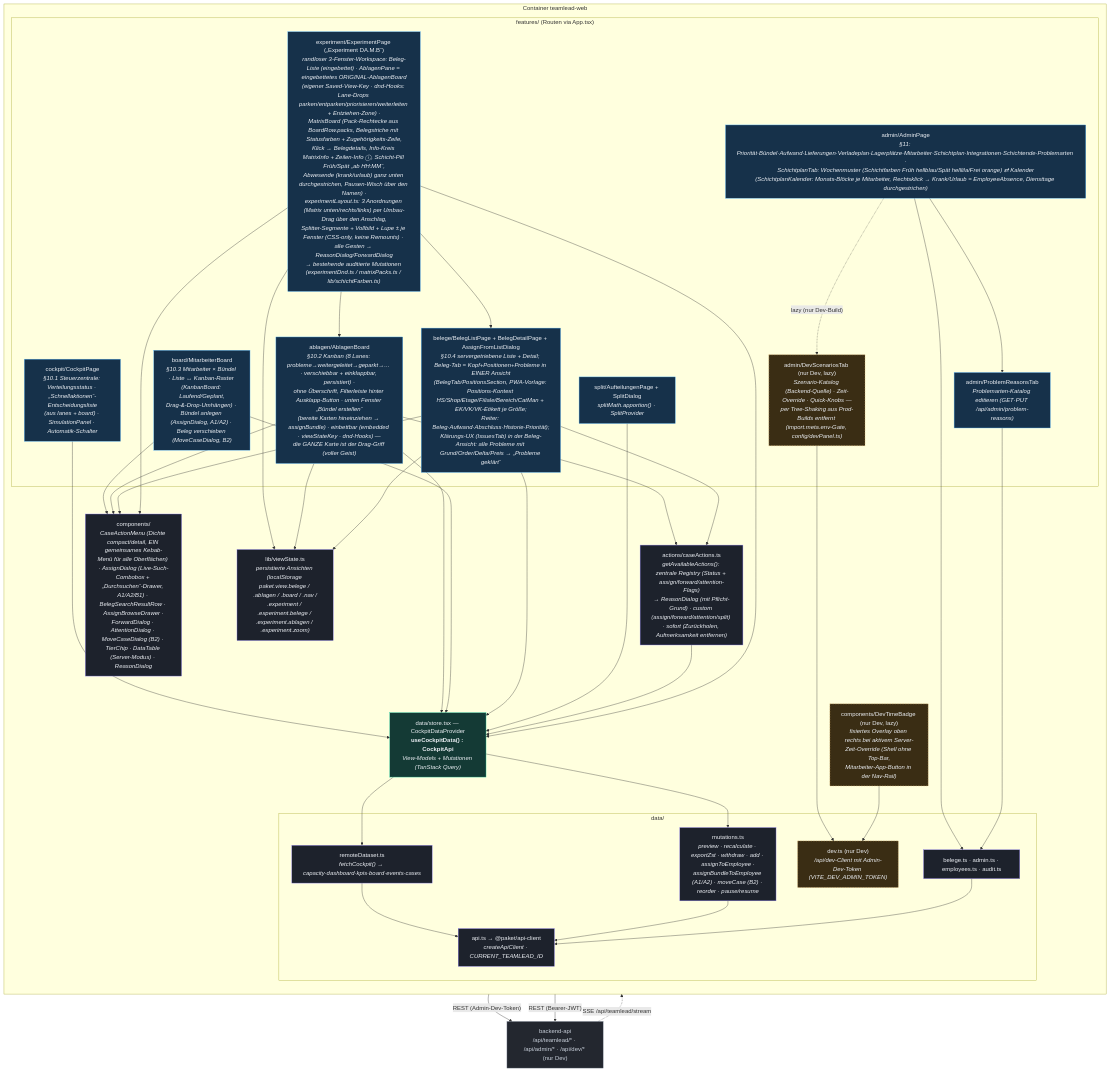
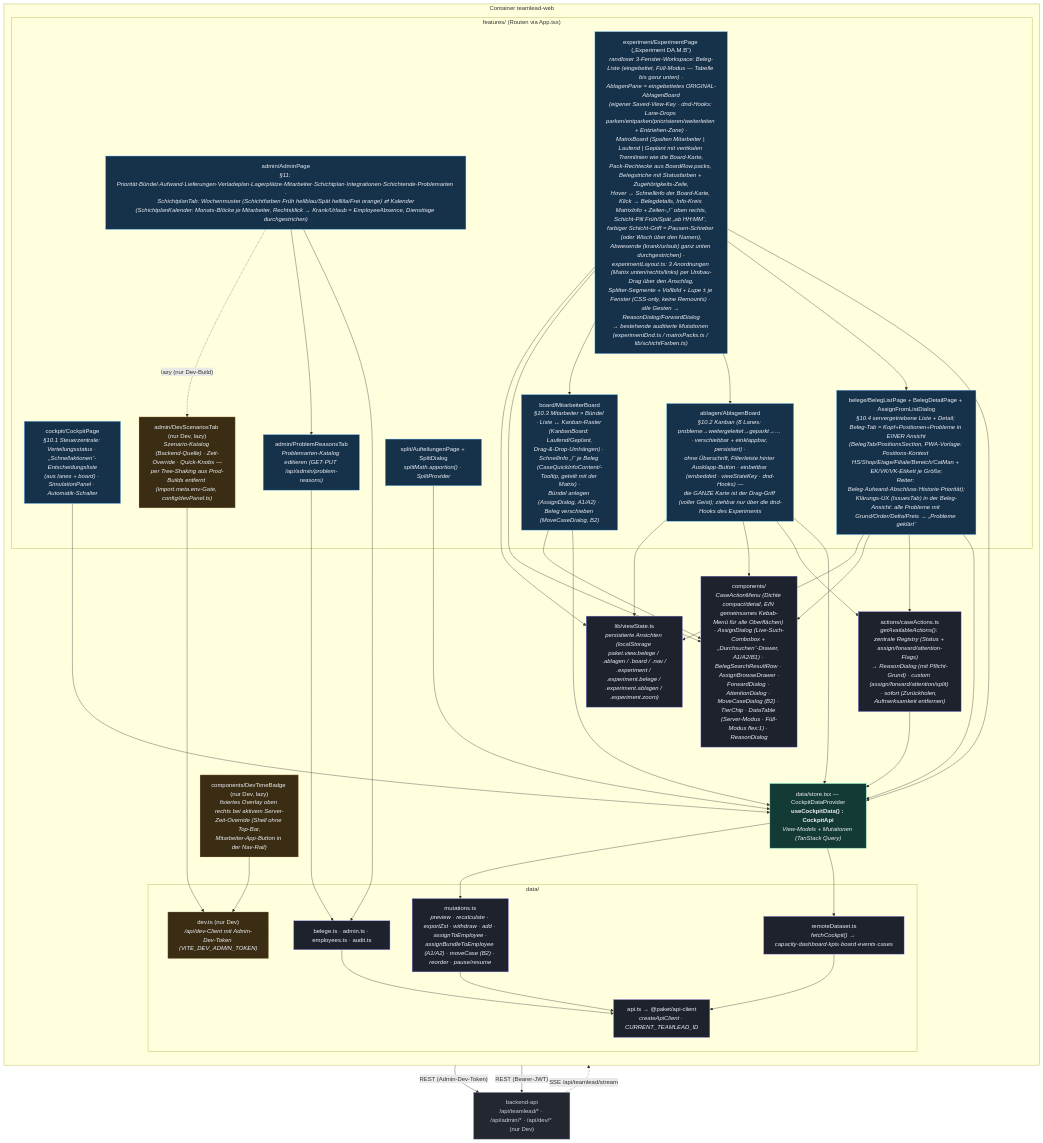
The diagram in docs/architecture/src/c3-teamlead-components.mmd (officialoniichat/paketdispov2), drawn with Mermaid before and after one commit. The commit also changed 10 other files, not shown here.

```diff
--- a/docs/architecture/src/c3-teamlead-components.mmd
+++ b/docs/architecture/src/c3-teamlead-components.mmd
@@ -1,70 +1,71 @@
 %% C4 Ebene 3 — Komponenten: teamlead-web (React + Vite + MUI, TanStack Query)
 %% Verifiziert gegen apps/teamlead-web/src/* (features/, data/, actions/, components/).
 flowchart TB
     classDef feat fill:#16314a,stroke:#56b6ff,color:#eef1f6;
     classDef store fill:#143a35,stroke:#2dd4a7,color:#eef1f6;
     classDef logic fill:#1d222c,stroke:#8b7cf6,color:#eef1f6;
     classDef ext fill:#23272f,stroke:#7c8696,color:#cbd2dd;
     classDef dev fill:#3a2d14,stroke:#e5b567,color:#eef1f6,stroke-dasharray:4 3;
 
     api["backend-api<br/>/api/teamlead/* · /api/admin/* · /api/dev/* (nur Dev)"]:::ext
 
     subgraph web["Container teamlead-web"]
         direction TB
         subgraph features["features/ (Routen via App.tsx)"]
             cockpit["cockpit/CockpitPage<br/><i>§10.1 Steuerzentrale: Verteilungsstatus · „Schnellaktionen“-Entscheidungsliste<br/>(aus lanes + board) · SimulationPanel · Automatik-Schalter</i>"]:::feat
-            ablagen["ablagen/AblagenBoard<br/><i>§10.2 Kanban (8 Lanes: probleme→weitergeleitet→geparkt→… · verschiebbar + einklappbar, persistiert) ·<br/>ohne Überschrift, Filterleiste hinter Ausklapp-Button · unten Fenster „Bündel erstellen“<br/>(bereite Karten hineinziehen → assignBundle) · einbettbar (embedded · viewStateKey · dnd-Hooks) —<br/>die GANZE Karte ist der Drag-Griff (voller Geist)</i>"]:::feat
-            board["board/MitarbeiterBoard<br/><i>§10.3 Mitarbeiter × Bündel · Liste ↔ Kanban-Raster (KanbanBoard: Laufend/Geplant,<br/>Drag-&amp;-Drop-Umhängen) · Bündel anlegen (AssignDialog, A1/A2) · Beleg verschieben (MoveCaseDialog, B2)</i>"]:::feat
+            ablagen["ablagen/AblagenBoard<br/><i>§10.2 Kanban (8 Lanes: probleme→weitergeleitet→geparkt→… · verschiebbar + einklappbar, persistiert) ·<br/>ohne Überschrift, Filterleiste hinter Ausklapp-Button · einbettbar (embedded · viewStateKey · dnd-Hooks) —<br/>die GANZE Karte ist der Drag-Griff (voller Geist); ziehbar nur über die dnd-Hooks des Experiments</i>"]:::feat
+            board["board/MitarbeiterBoard<br/><i>§10.3 Mitarbeiter × Bündel · Liste ↔ Kanban-Raster (KanbanBoard: Laufend/Geplant,<br/>Drag-&amp;-Drop-Umhängen) · Schnellinfo „!“ je Beleg (CaseQuickInfoContent/-Tooltip, geteilt mit der Matrix) ·<br/>Bündel anlegen (AssignDialog, A1/A2) · Beleg verschieben (MoveCaseDialog, B2)</i>"]:::feat
             belege["belege/BelegListPage + BelegDetailPage + AssignFromListDialog<br/><i>§10.4 servergetriebene Liste + Detail; Beleg-Tab = Kopf+Positionen+Probleme in EINER Ansicht<br/>(BelegTab/PositionsSection, PWA-Vorlage: Positions-Kontext HS/Shop/Etage/Filiale/Bereich/CatMan + EK/VK/VK-Etikett je Größe;<br/>Reiter: Beleg·Aufwand·Abschluss·Historie·Priorität);<br/>Klärungs-UX (IssuesTab) in der Beleg-Ansicht: alle Probleme mit Grund/Order/Delta/Preis → „Probleme geklärt“</i>"]:::feat
             split["split/AufteilungenPage + SplitDialog<br/><i>splitMath.apportion() · SplitProvider</i>"]:::feat
             admin["admin/AdminPage<br/><i>§11: Priorität·Bündel·Aufwand·Lieferungen·Verladeplan·Lagerplätze·Mitarbeiter·Schichtplan·Integrationen·Schichtende·Problemarten ·<br/>SchichtplanTab: Wochenmuster (Schichtfarben Früh hellblau/Spät helllila/Frei orange) ⇄ Kalender<br/>(SchichtplanKalender: Monats-Blöcke je Mitarbeiter, Rechtsklick → Krank/Urlaub = EmployeeAbsence, Diensttage durchgestrichen)</i>"]:::feat
             problemTab["admin/ProblemReasonsTab<br/><i>Problemarten-Katalog editieren (GET·PUT /api/admin/problem-reasons)</i>"]:::feat
             devtab["admin/DevScenariosTab (nur Dev, lazy)<br/><i>Szenario-Katalog (Backend-Quelle) · Zeit-Override · Quick-Knobs —<br/>per Tree-Shaking aus Prod-Builds entfernt (import.meta.env-Gate, config/devPanel.ts)</i>"]:::dev
-            experiment["experiment/ExperimentPage („Experiment DA.M.B“)<br/><i>randloser 3-Fenster-Workspace: Beleg-Liste (eingebettet) · AblagenPane = eingebettetes ORIGINAL-AblagenBoard<br/>(eigener Saved-View-Key · dnd-Hooks: Lane-Drops parken/entparken/priorisieren/weiterleiten + Entziehen-Zone) ·<br/>MatrixBoard (Pack-Rechtecke aus BoardRow.packs, Belegstriche mit Statusfarben + Zugehörigkeits-Zeile,<br/>Klick → Belegdetails, Info-Kreis MatrixInfo + Zeilen-Info ⓘ, Schicht-Pill Früh/Spät „ab HH:MM“,<br/>Abwesende (krank/urlaub) ganz unten durchgestrichen, Pausen-Wisch über den Namen) ·<br/>experimentLayout.ts: 3 Anordnungen (Matrix unten/rechts/links) per Umbau-Drag über den Anschlag,<br/>Splitter-Segmente + Vollbild + Lupe ± je Fenster (CSS-only, keine Remounts) · alle Gesten → ReasonDialog/ForwardDialog<br/>→ bestehende auditierte Mutationen (experimentDnd.ts / matrixPacks.ts / lib/schichtFarben.ts)</i>"]:::feat
+            experiment["experiment/ExperimentPage („Experiment DA.M.B“)<br/><i>randloser 3-Fenster-Workspace: Beleg-Liste (eingebettet, Füll-Modus — Tabelle bis ganz unten) ·<br/>AblagenPane = eingebettetes ORIGINAL-AblagenBoard<br/>(eigener Saved-View-Key · dnd-Hooks: Lane-Drops parken/entparken/priorisieren/weiterleiten + Entziehen-Zone) ·<br/>MatrixBoard (Spalten Mitarbeiter | Laufend | Geplant mit vertikalen Trennlinien wie die Board-Karte,<br/>Pack-Rechtecke aus BoardRow.packs, Belegstriche mit Statusfarben + Zugehörigkeits-Zeile,<br/>Hover → Schnellinfo der Board-Karte, Klick → Belegdetails, Info-Kreis MatrixInfo + Zeilen-„!“ oben rechts,<br/>Schicht-Pill Früh/Spät „ab HH:MM“, farbiger Schicht-Griff = Pausen-Schieber (oder Wisch über den Namen),<br/>Abwesende (krank/urlaub) ganz unten durchgestrichen) ·<br/>experimentLayout.ts: 3 Anordnungen (Matrix unten/rechts/links) per Umbau-Drag über den Anschlag,<br/>Splitter-Segmente + Vollbild + Lupe ± je Fenster (CSS-only, keine Remounts) · alle Gesten → ReasonDialog/ForwardDialog<br/>→ bestehende auditierte Mutationen (experimentDnd.ts / matrixPacks.ts / lib/schichtFarben.ts)</i>"]:::feat
         end
         devbadge["components/DevTimeBadge (nur Dev, lazy)<br/><i>fixiertes Overlay oben rechts bei aktivem Server-Zeit-Override (Shell ohne Top-Bar,<br/>Mitarbeiter-App-Button in der Nav-Rail)</i>"]:::dev
         store["data/store.tsx — CockpitDataProvider<br/><b>useCockpitData() : CockpitApi</b><br/><i>View-Models + Mutationen (TanStack Query)</i>"]:::store
         subgraph datal["data/"]
             remote["remoteDataset.ts<br/><i>fetchCockpit() → capacity·dashboard·kpis·board·events·cases</i>"]:::logic
             belegeData["belege.ts · admin.ts · employees.ts · audit.ts"]:::logic
             devData["dev.ts (nur Dev)<br/><i>/api/dev-Client mit Admin-Dev-Token (VITE_DEV_ADMIN_TOKEN)</i>"]:::dev
             mutations["mutations.ts<br/><i>preview · recalculate · exportZst · withdraw · add · assignToEmployee ·<br/>assignBundleToEmployee (A1/A2) · moveCase (B2) · reorder · pause/resume</i>"]:::logic
             apiClient["api.ts → @paket/api-client<br/><i>createApiClient · CURRENT_TEAMLEAD_ID</i>"]:::logic
         end
         actions["actions/caseActions.ts<br/><i>getAvailableActions(): zentrale Registry (Status + assign/forward/attention-Flags)<br/>→ ReasonDialog (mit Pflicht-Grund) · custom (assign/forward/attention/split) · sofort (Zurückholen, Aufmerksamkeit entfernen)</i>"]:::logic
-        shared["components/<br/><i>CaseActionMenu (Dichte compact/detail, EIN gemeinsames Kebab-Menü für alle Oberflächen) · AssignDialog (Live-Such-Combobox + „Durchsuchen“-Drawer, A1/A2/B1) · BelegSearchResultRow · AssignBrowseDrawer ·<br/>ForwardDialog · AttentionDialog · MoveCaseDialog (B2) · TierChip · DataTable (Server-Modus) · ReasonDialog</i>"]:::logic
+        shared["components/<br/><i>CaseActionMenu (Dichte compact/detail, EIN gemeinsames Kebab-Menü für alle Oberflächen) · AssignDialog (Live-Such-Combobox + „Durchsuchen“-Drawer, A1/A2/B1) · BelegSearchResultRow · AssignBrowseDrawer ·<br/>ForwardDialog · AttentionDialog · MoveCaseDialog (B2) · TierChip · DataTable (Server-Modus · Füll-Modus flex:1) · ReasonDialog</i>"]:::logic
         viewState["lib/viewState.ts<br/><i>persistierte Ansichten (localStorage paket.view.belege / .ablagen / .board / .nav /<br/>.experiment / .experiment.belege / .experiment.ablagen / .experiment.zoom)</i>"]:::logic
     end
 
     cockpit --> store
     ablagen --> store
     board --> store
     belege --> store
     split --> store
     admin --> belegeData
     admin --> problemTab
     problemTab --> belegeData
     admin -. "lazy (nur Dev-Build)" .-> devtab
     devtab --> devData
     devbadge --> devData
     devData -->|"REST (Admin-Dev-Token)"| api
     ablagen --> actions
     belege --> actions
     actions --> store
     board --> shared
     ablagen --> shared
     belege --> shared
     experiment --> store
     experiment --> belege
     experiment --> ablagen
+    experiment --> board
     experiment --> shared
     experiment --> viewState
     ablagen --> viewState
     belege --> viewState
     store --> remote
     store --> mutations
     remote --> apiClient
     mutations --> apiClient
     belegeData --> apiClient
     apiClient -->|"REST (Bearer-JWT)"| api
     api -. "SSE /api/teamlead/stream" .-> store
```
